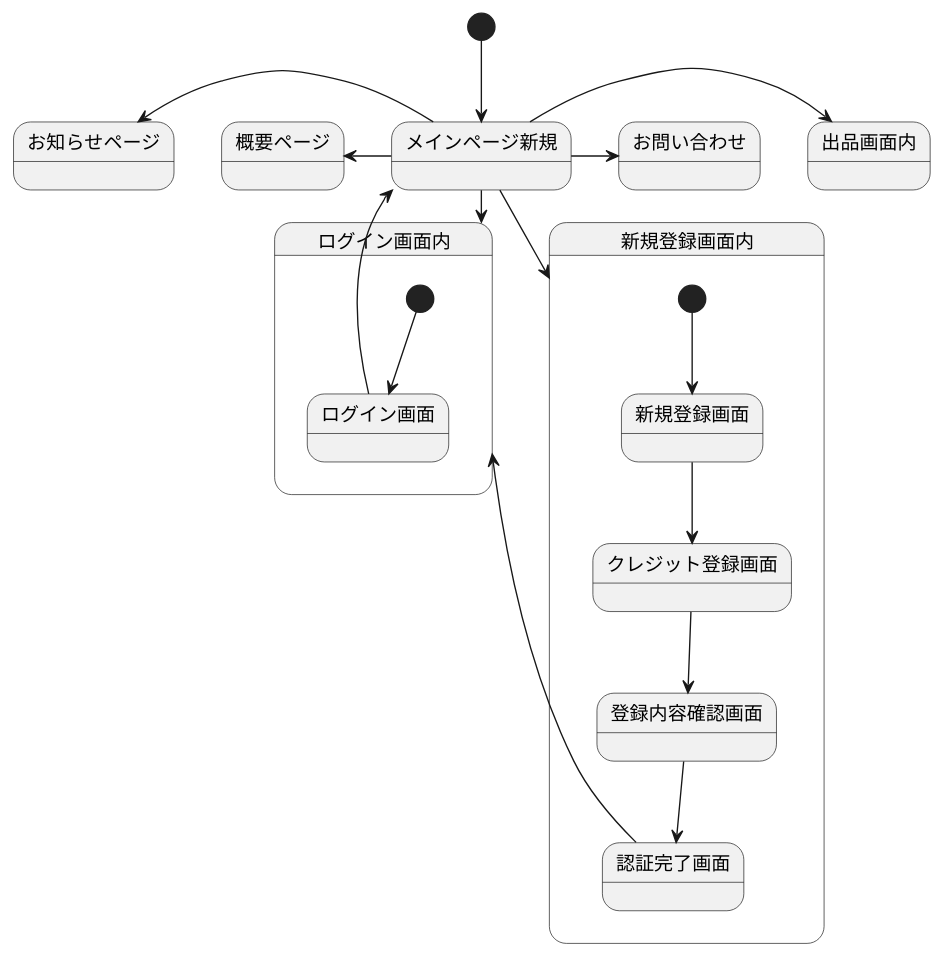
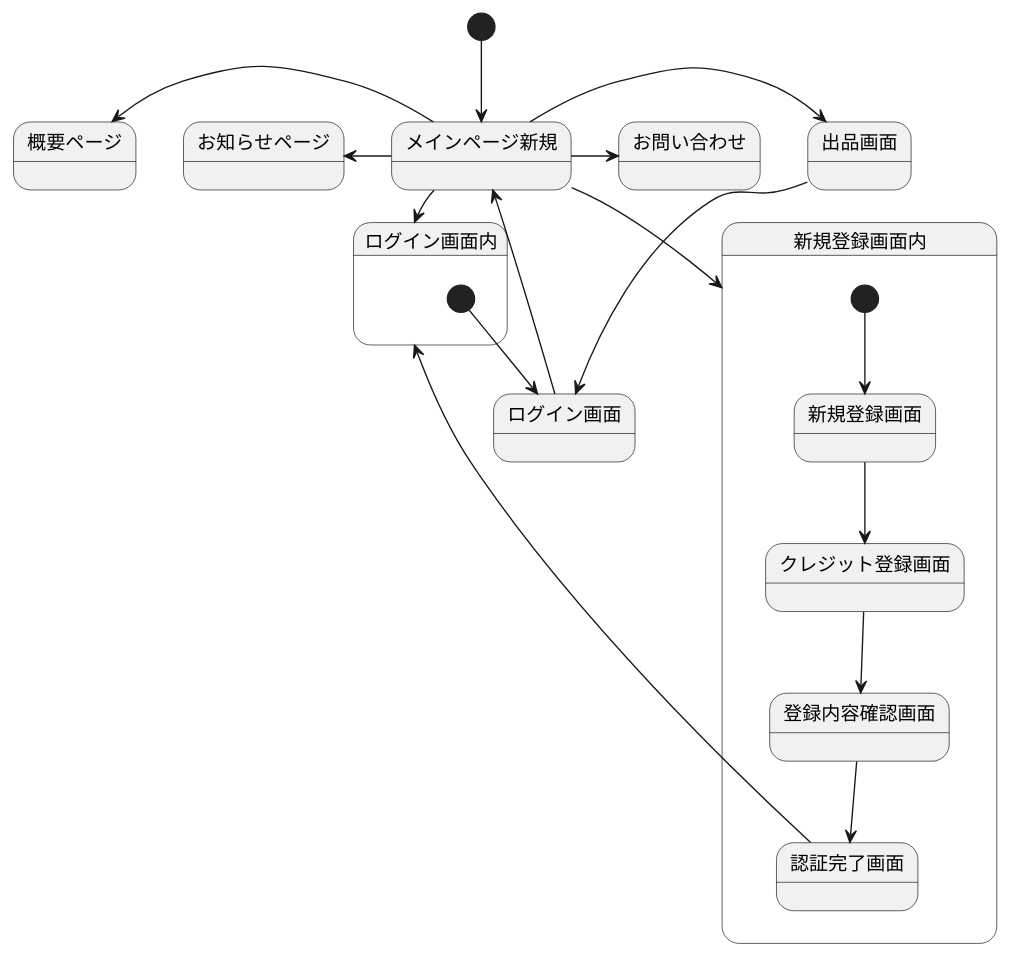
Before and after one commit to Aso2001147/2021SystemDesign: the diagram in 画面遷移図.md, drawn with PlantUML.

````diff
--- a/画面遷移図.md
+++ b/画面遷移図.md
@@ -1,26 +1,28 @@
 ```uml
 @startuml
 [*] --> メインページ新規
 メインページ新規 -left-> 概要ページ
 メインページ新規 -> お問い合わせ
 メインページ新規 -left-> お知らせページ
 メインページ新規 --> ログイン画面内
 メインページ新規 --> 新規登録画面内
-メインページ新規 -> 出品画面内
+メインページ新規 -> 出品画面
+出品画面 -> ログイン画面
+
 
 state 新規登録画面内{
 [*] --> 新規登録画面
 新規登録画面 -down-> クレジット登録画面
 クレジット登録画面 -down-> 登録内容確認画面
 登録内容確認画面 -down-> 認証完了画面
 認証完了画面 -up-> ログイン画面内
 }
 
 state ログイン画面内{
 [*] -down-> ログイン画面
 ログイン画面 -up-> メインページ新規
 }
 
 
 @enduml
 ```
````
